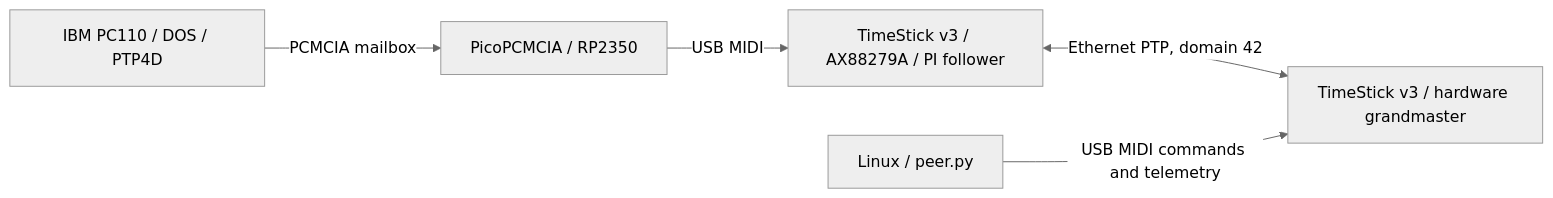
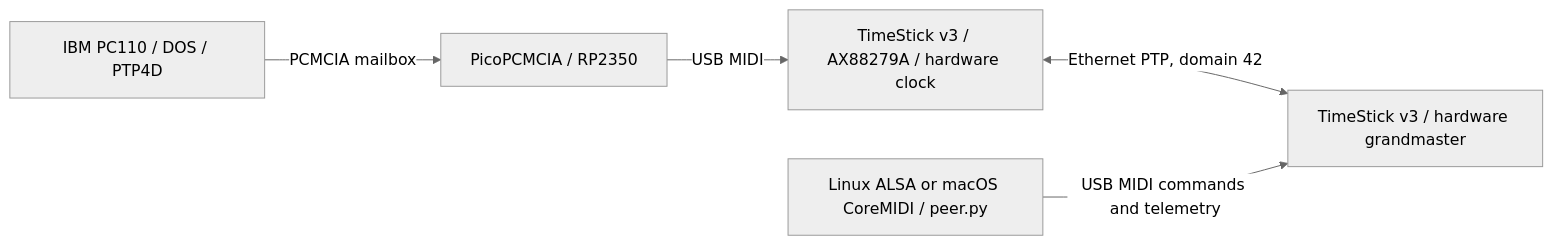
Before and after one commit to ahmadexp/PTP4D: the diagram in README.md, drawn with Mermaid (neutral theme). The commit also changed other lines of this file and 18 other files, not shown here.

Commit message:
Release PTP4D 0.5 with servo comparison graphs

````diff
--- a/README.md
+++ b/README.md
@@ -44,7 +45,7 @@
 ```mermaid
 flowchart LR
     DOS[IBM PC110 / DOS / PTP4D] -->|PCMCIA mailbox| Pico[PicoPCMCIA / RP2350]
-    Pico -->|USB MIDI| Follower[TimeStick v3 / AX88279A / PI follower]
+    Pico -->|USB MIDI| Follower[TimeStick v3 / AX88279A / hardware clock]
     Follower <-->|Ethernet PTP, domain 42| GM[TimeStick v3 / hardware grandmaster]
-    Linux[Linux / peer.py] -->|USB MIDI commands and telemetry| GM
+    Host[Linux ALSA or macOS CoreMIDI / peer.py] -->|USB MIDI commands and telemetry| GM
 ```
````
